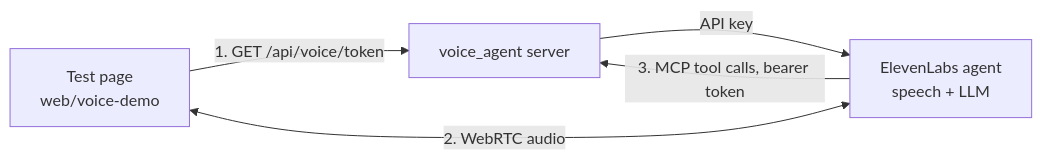
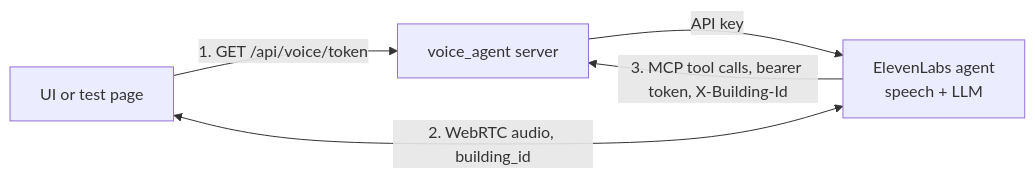
The diagram in docs/voice.md (hagenhaeussler/Industrial-Agents-Hackathon-2026), drawn with Mermaid before and after one commit. The commit also changed other lines of this file and 11 other files, not shown here.

First line of the commit message:
Let each voice conversation select its building

````diff
--- a/docs/voice.md
+++ b/docs/voice.md
@@ -12,7 +12,7 @@
 ```mermaid
 flowchart LR
-  UI["Test page<br/>web/voice-demo"] -- "1. GET /api/voice/token" --> Server["voice_agent server"]
+  UI["UI or test page"] -- "1. GET /api/voice/token" --> Server["voice_agent server"]
   Server -- "API key" --> EL["ElevenLabs agent<br/>speech + LLM"]
-  UI <-- "2. WebRTC audio" --> EL
-  EL -- "3. MCP tool calls, bearer token" --> Server
+  UI <-- "2. WebRTC audio, building_id" --> EL
+  EL -- "3. MCP tool calls, bearer token, X-Building-Id" --> Server
 ```
````
